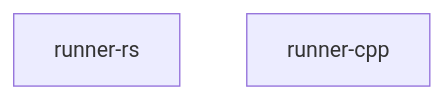
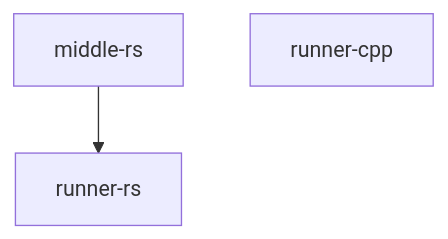
The diagram in README.md (hanhossain/rust-cxx-cmake), drawn with Mermaid before and after one commit. The commit also changed 5 other files, not shown here.

````diff
--- a/README.md
+++ b/README.md
@@ -3,7 +3,8 @@
 ```mermaid
 graph TD
 
-runner-rs
+middle-rs --> runner-rs
+
 runner-cpp
 
 ```
````
